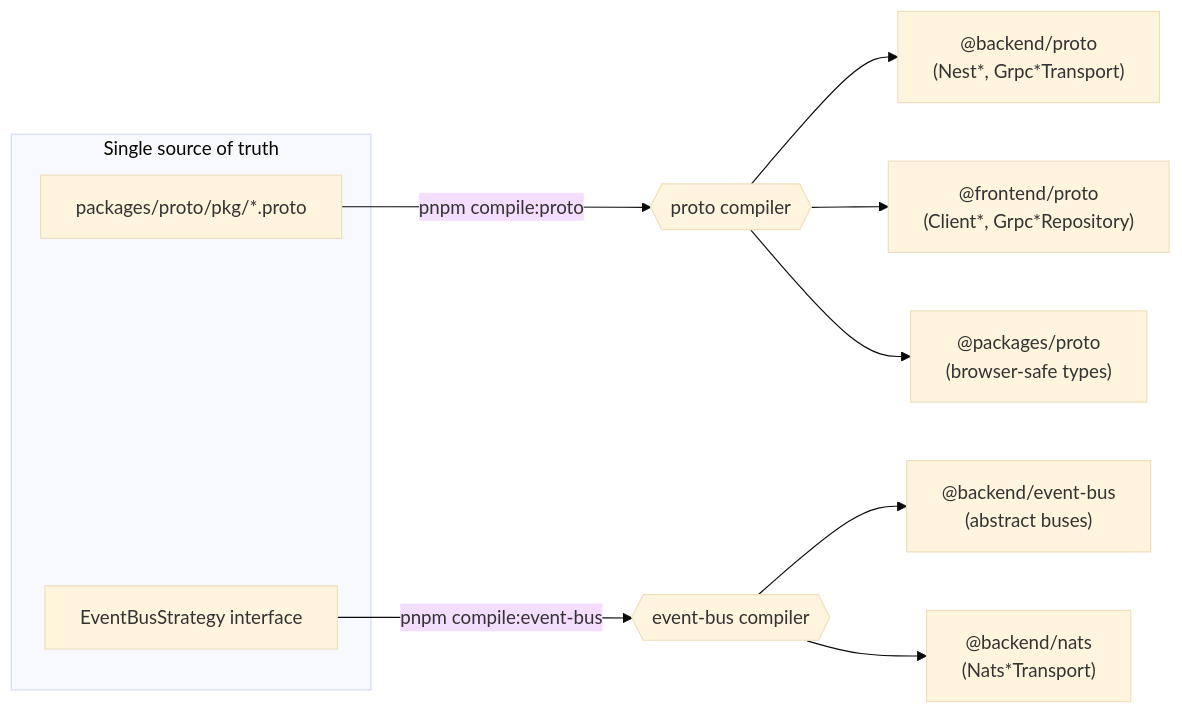
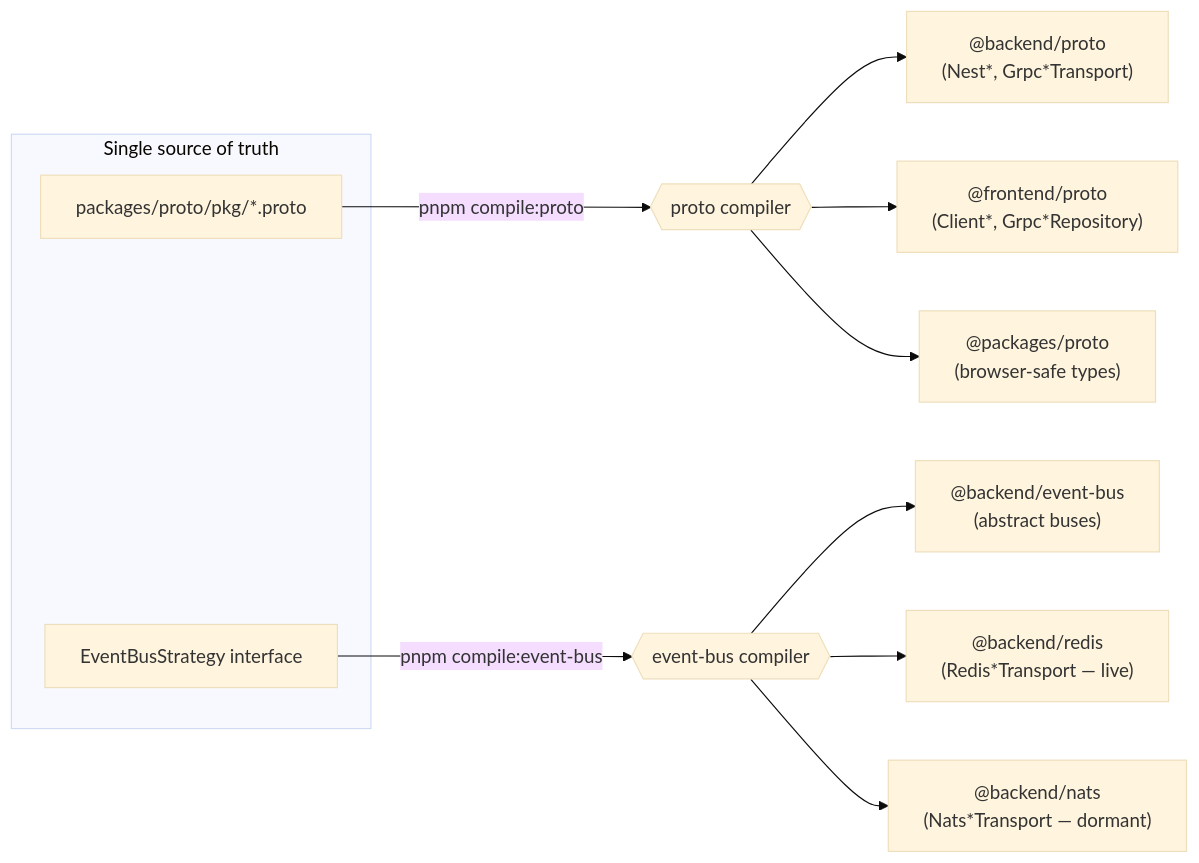
Before and after one commit to evgenii-shcherbakov/base: the first of 2 diagrams in README.md, drawn with Mermaid (base theme). The commit also changed other lines of this file and 2 other files, not shown here.

First line of the commit message:
docs: mark redis as the live event-bus transport

````diff
--- a/README.md
+++ b/README.md
@@ -37,16 +37,17 @@
 ```mermaid
 flowchart LR
   subgraph Contracts["Single source of truth"]
     P["packages/proto/pkg/*.proto"]
     E["EventBusStrategy interface"]
   end
 
   P -->|pnpm compile:proto| PC{{proto compiler}}
   PC --> BP["@backend/proto<br/>(Nest*, Grpc*Transport)"]
   PC --> FP["@frontend/proto<br/>(Client*, Grpc*Repository)"]
   PC --> PKP["@packages/proto<br/>(browser-safe types)"]
 
   E -->|pnpm compile:event-bus| EC{{event-bus compiler}}
   EC --> EB["@backend/event-bus<br/>(abstract buses)"]
-  EC --> NA["@backend/nats<br/>(Nats*Transport)"]
+  EC --> RA["@backend/redis<br/>(Redis*Transport — live)"]
+  EC --> NA["@backend/nats<br/>(Nats*Transport — dormant)"]
 ```
````
